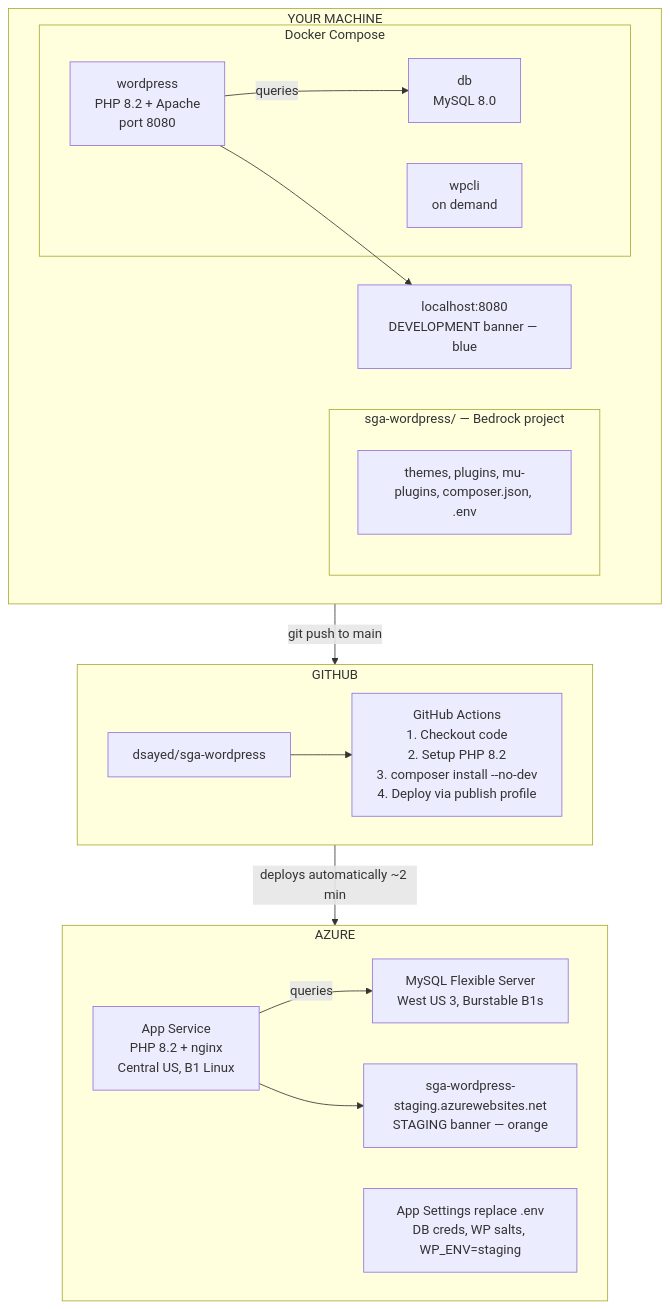
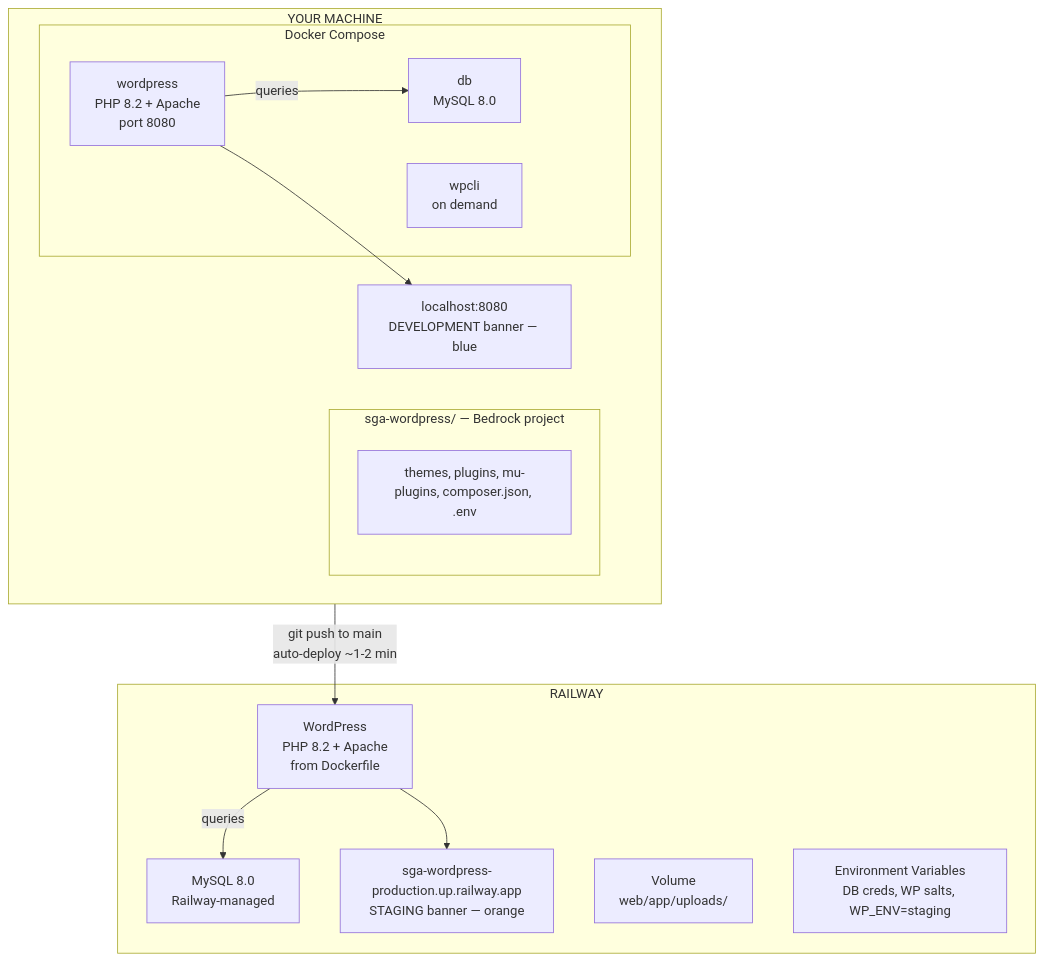
Before and after one commit to dsayed/sga-wordpress: the diagram in README.md, drawn with Mermaid. The commit also changed other lines of this file and 1 other file, not shown here.

First line of the commit message:
docs: update staging docs from Azure to Railway

````diff
--- a/README.md
+++ b/README.md
@@ -133,34 +133,28 @@
 ```mermaid
 flowchart TD
     subgraph local["YOUR MACHINE"]
         subgraph bedrock["sga-wordpress/ — Bedrock project"]
             files["themes, plugins, mu-plugins, composer.json, .env"]
         end
         subgraph docker["Docker Compose"]
             db["db<br/>MySQL 8.0"]
             wp["wordpress<br/>PHP 8.2 + Apache<br/>port 8080"]
             wpcli["wpcli<br/>on demand"]
             wp -->|queries| db
         end
         localurl["localhost:8080<br/>DEVELOPMENT banner — blue"]
         wp --> localurl
     end
 
-    subgraph github["GITHUB"]
-        repo["dsayed/sga-wordpress"]
-        actions["GitHub Actions<br/>1. Checkout code<br/>2. Setup PHP 8.2<br/>3. composer install --no-dev<br/>4. Deploy via publish profile"]
-        repo --> actions
+    subgraph railway["RAILWAY"]
+        rwp["WordPress<br/>PHP 8.2 + Apache<br/>from Dockerfile"]
+        rdb["MySQL 8.0<br/>Railway-managed"]
+        rwp -->|queries| rdb
+        railurl["sga-wordpress-production.up.railway.app<br/>STAGING banner — orange"]
+        rwp --> railurl
+        vol["Volume<br/>web/app/uploads/"]
+        envvars["Environment Variables<br/>DB creds, WP salts, WP_ENV=staging"]
     end
 
-    subgraph azure["AZURE"]
-        appservice["App Service<br/>PHP 8.2 + nginx<br/>Central US, B1 Linux"]
-        mysql["MySQL Flexible Server<br/>West US 3, Burstable B1s"]
-        appservice -->|queries| mysql
-        azureurl["sga-wordpress-staging.azurewebsites.net<br/>STAGING banner — orange"]
-        appservice --> azureurl
-        settings["App Settings replace .env<br/>DB creds, WP salts, WP_ENV=staging"]
-    end
-
-    local -->|"git push to main"| github
-    github -->|"deploys automatically ~2 min"| azure
+    local -->|"git push to main<br/>auto-deploy ~1-2 min"| rwp
 ```
````
